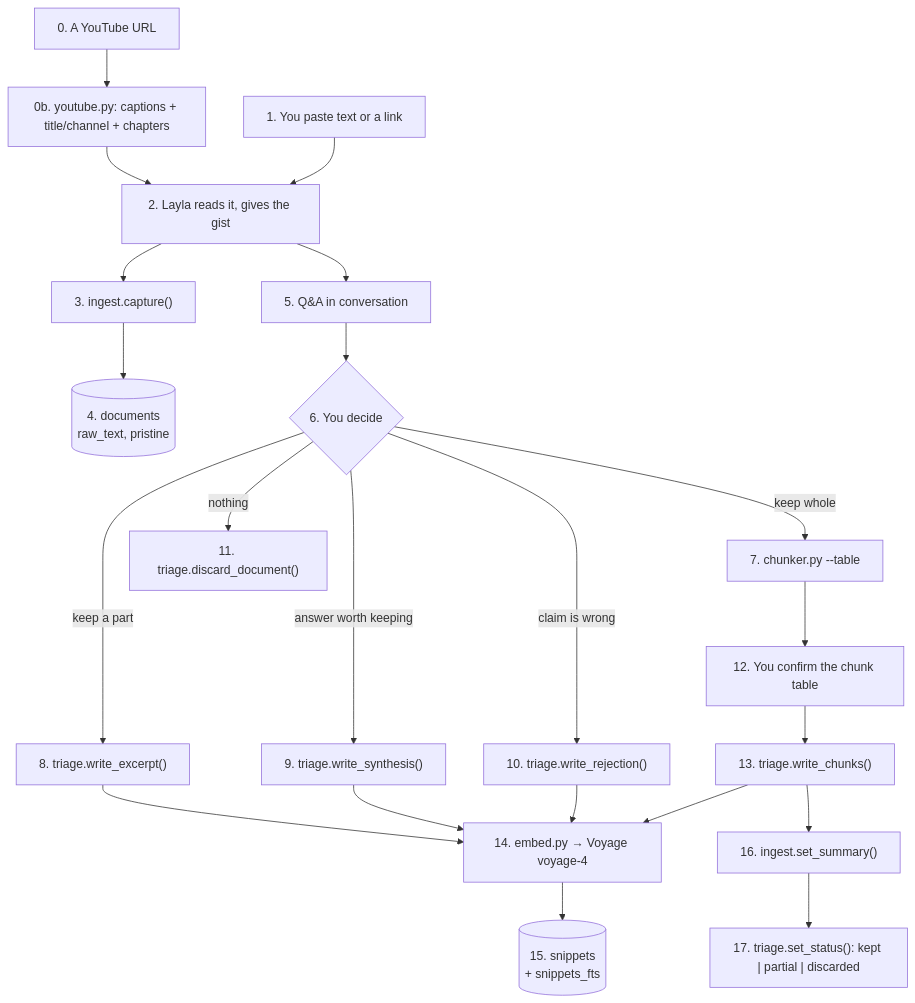
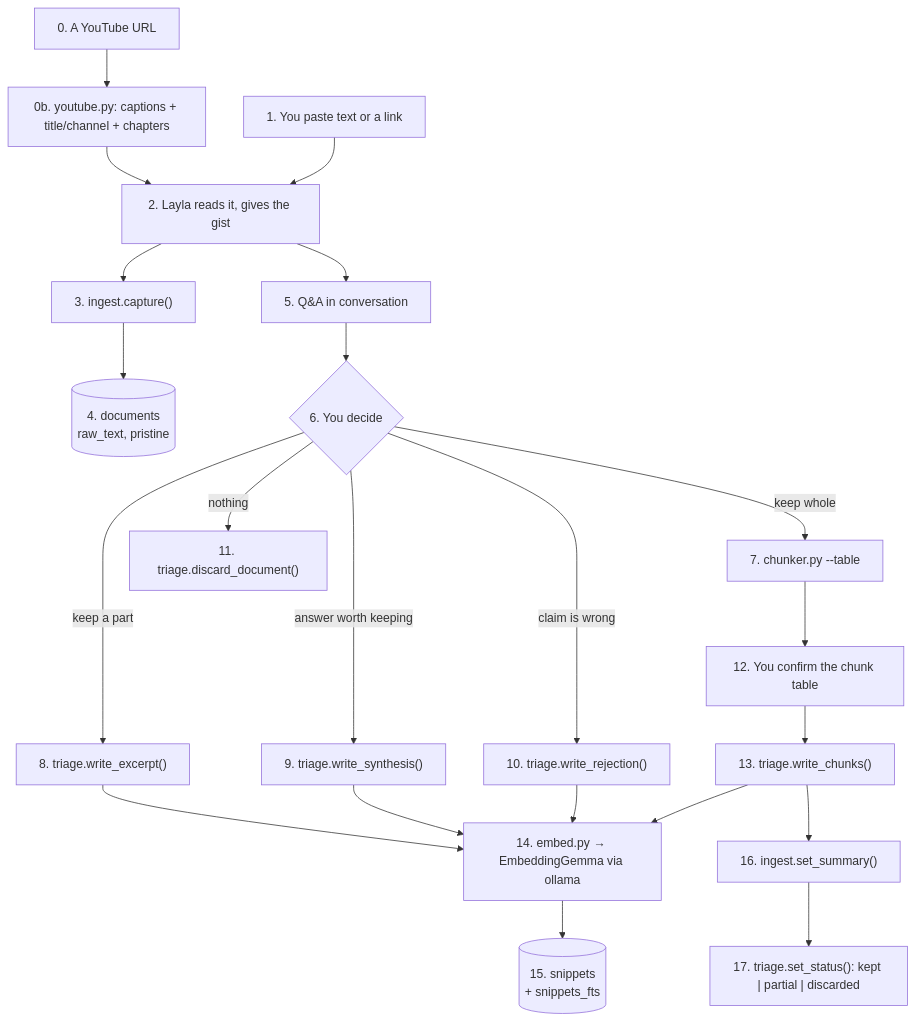
The first of 4 diagrams in docs/system-overview.md (QuanDev2/layla), drawn with Mermaid before and after one commit. The commit also changed other lines of this file and 8 other files, not shown here.

````diff
--- a/docs/system-overview.md
+++ b/docs/system-overview.md
@@ -35,24 +35,24 @@
 ```mermaid
 flowchart TD
     A0["0. A YouTube URL"] --> A0b["0b. youtube.py: captions + title/channel + chapters"]
     A0b --> A2
     A1["1. You paste text or a link"] --> A2["2. Layla reads it, gives the gist"]
     A2 --> A3["3. ingest.capture()"]
     A3 --> A4[("4. documents<br/>raw_text, pristine")]
     A2 --> A5["5. Q&A in conversation"]
     A5 --> A6{"6. You decide"}
     A6 -->|keep whole| A7["7. chunker.py --table"]
     A6 -->|keep a part| A8["8. triage.write_excerpt()"]
     A6 -->|answer worth keeping| A9["9. triage.write_synthesis()"]
     A6 -->|claim is wrong| A10["10. triage.write_rejection()"]
     A6 -->|nothing| A11["11. triage.discard_document()"]
     A7 --> A12["12. You confirm the chunk table"]
     A12 --> A13["13. triage.write_chunks()"]
-    A8 --> A14["14. embed.py → Voyage voyage-4"]
+    A8 --> A14["14. embed.py → EmbeddingGemma via ollama"]
     A9 --> A14
     A10 --> A14
     A13 --> A14
     A14 --> A15[("15. snippets<br/>+ snippets_fts")]
     A13 --> A16["16. ingest.set_summary()"]
     A16 --> A17["17. triage.set_status(): kept | partial | discarded"]
 ```
````
